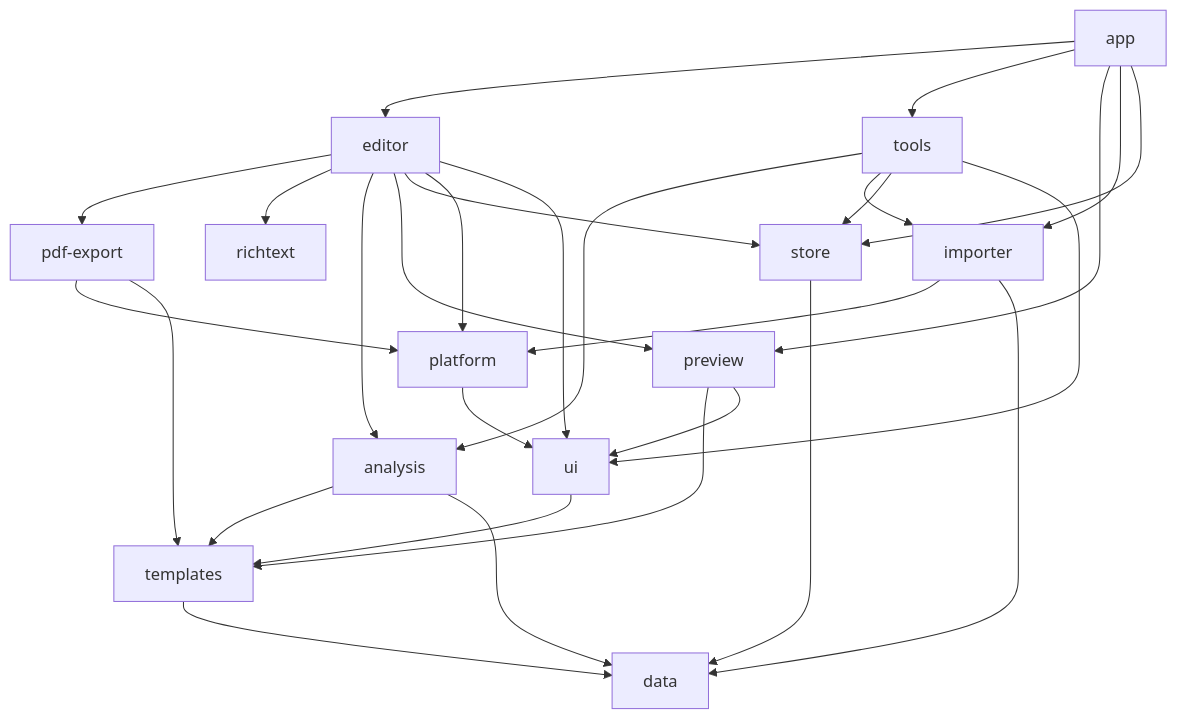
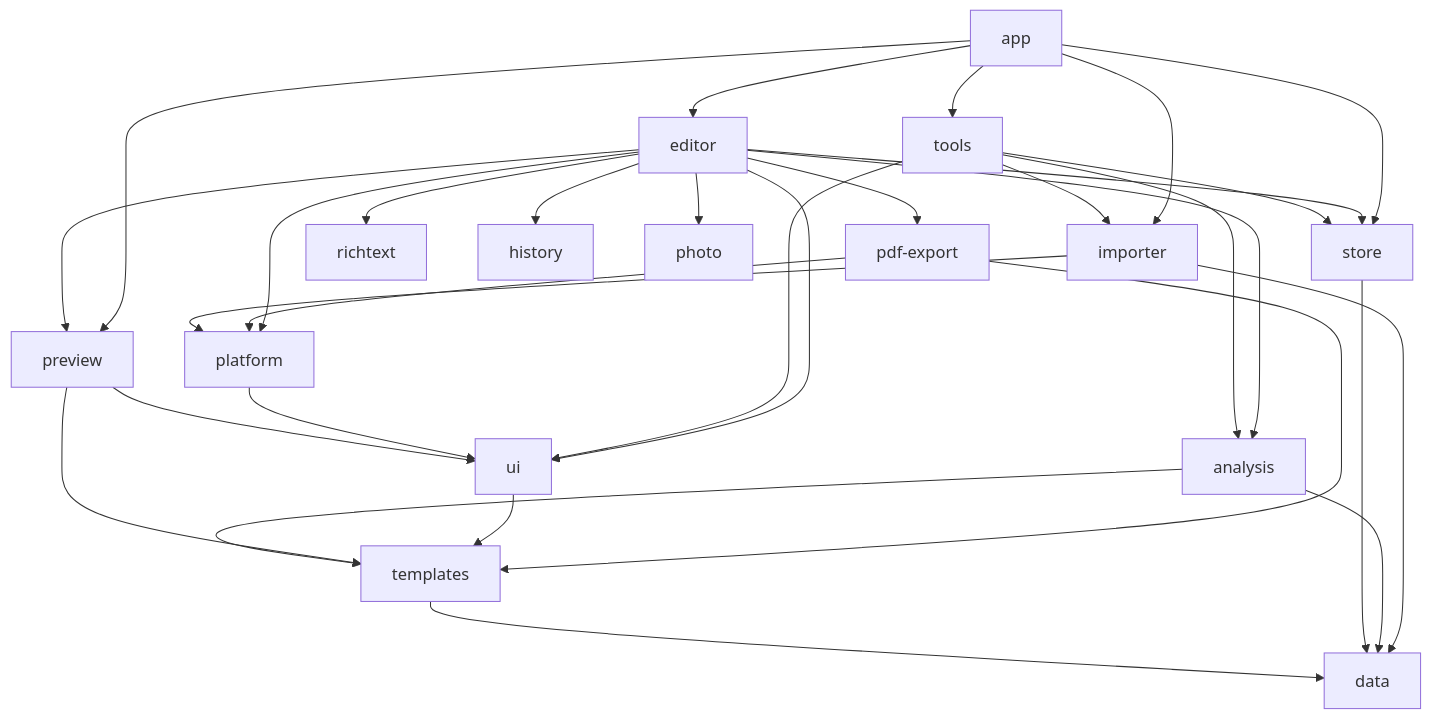
The second of 2 diagrams in docs/architecture.md (GopiKrishnaGummadidala/resume-builder), drawn with Mermaid before and after one commit. The commit also changed other lines of this file and 19 other files, not shown here.

````diff
--- a/docs/architecture.md
+++ b/docs/architecture.md
@@ -61,14 +63,14 @@
 ```mermaid
 flowchart TD
     app --> editor & tools & preview & importer & store
-    editor --> pdfexport[pdf-export] & richtext & analysis & preview & store & platform & ui
+    editor --> pdfexport[pdf-export] & richtext & analysis & preview & store & platform & ui & history & photo
     tools --> analysis & importer & store & ui
     pdfexport --> platform & templates
     importer --> platform & data
     platform --> ui
     ui --> templates
     preview --> templates & ui
     analysis --> templates & data
     store --> data
     templates --> data
 ```
````
